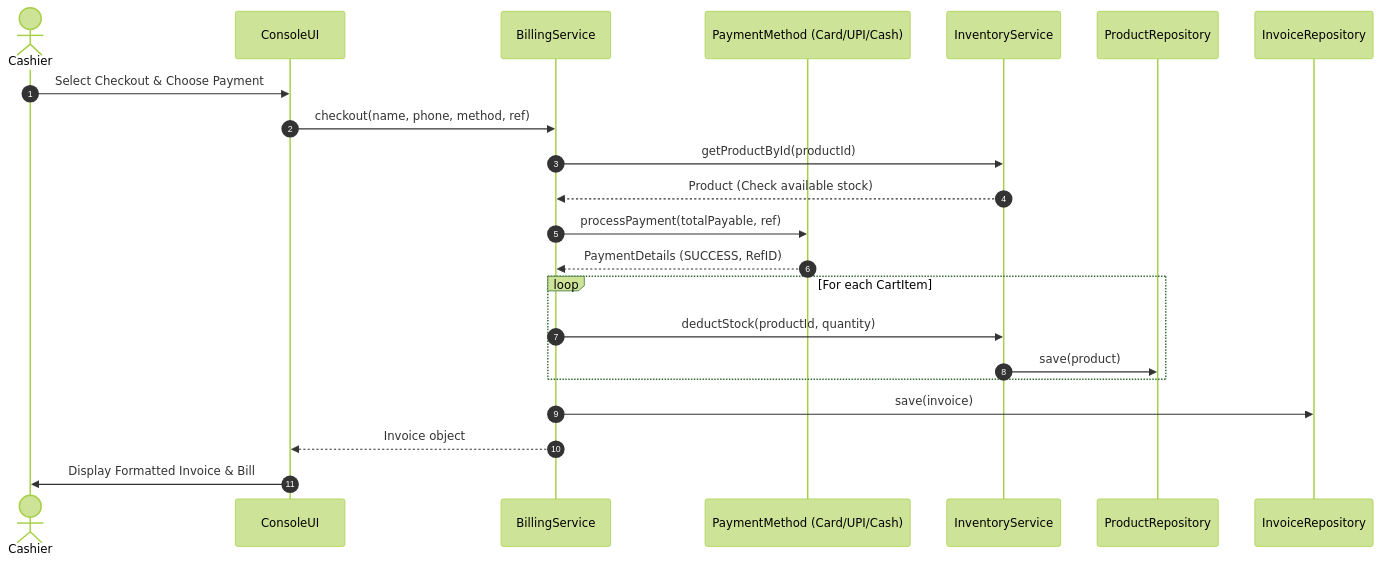
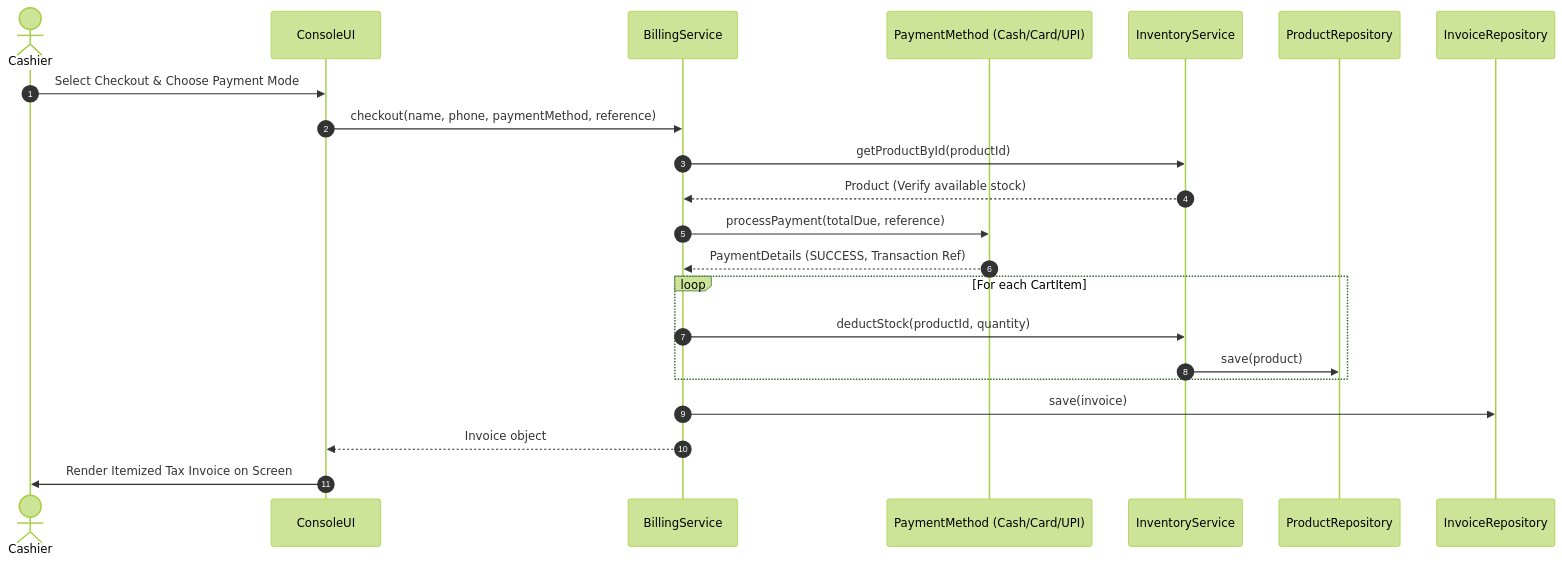
One commit to jayant25bai11172-pixel/smart-inventory-billing-system changed the fourth of 6 diagrams in PROJECT_REPORT.md. Above: the diagram before and after it, drawn with Mermaid (forest theme). The commit also changed other lines of this file and 2 other files, not shown here.

````diff
--- a/PROJECT_REPORT.md
+++ b/PROJECT_REPORT.md
@@ -208,25 +219,25 @@
 ```mermaid
 sequenceDiagram
     autonumber
-    actor User as Cashier
+    actor Cashier as Cashier
     participant UI as ConsoleUI
     participant BS as BillingService
-    participant PM as PaymentMethod (Card/UPI/Cash)
+    participant PM as PaymentMethod (Cash/Card/UPI)
     participant IS as InventoryService
     participant PR as ProductRepository
     participant IR as InvoiceRepository
 
-    User->>UI: Select Checkout & Choose Payment
-    UI->>BS: checkout(name, phone, method, ref)
+    Cashier->>UI: Select Checkout & Choose Payment Mode
+    UI->>BS: checkout(name, phone, paymentMethod, reference)
     BS->>IS: getProductById(productId)
-    IS-->>BS: Product (Check available stock)
-    BS->>PM: processPayment(totalPayable, ref)
-    PM-->>BS: PaymentDetails (SUCCESS, RefID)
+    IS-->>BS: Product (Verify available stock)
+    BS->>PM: processPayment(totalDue, reference)
+    PM-->>BS: PaymentDetails (SUCCESS, Transaction Ref)
     loop For each CartItem
         BS->>IS: deductStock(productId, quantity)
         IS->>PR: save(product)
     end
     BS->>IR: save(invoice)
     BS-->>UI: Invoice object
-    UI->>User: Display Formatted Invoice & Bill
+    UI->>Cashier: Render Itemized Tax Invoice on Screen
 ```
````
